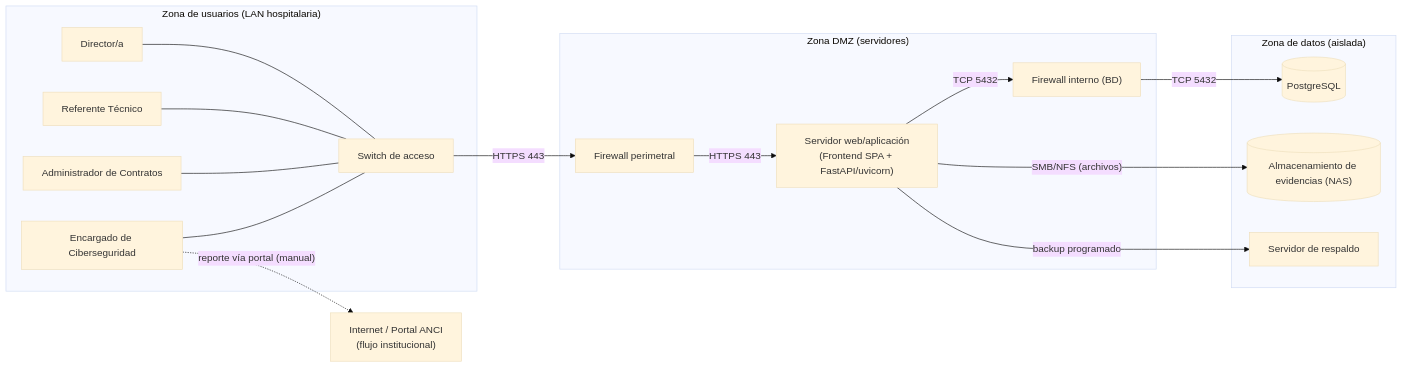
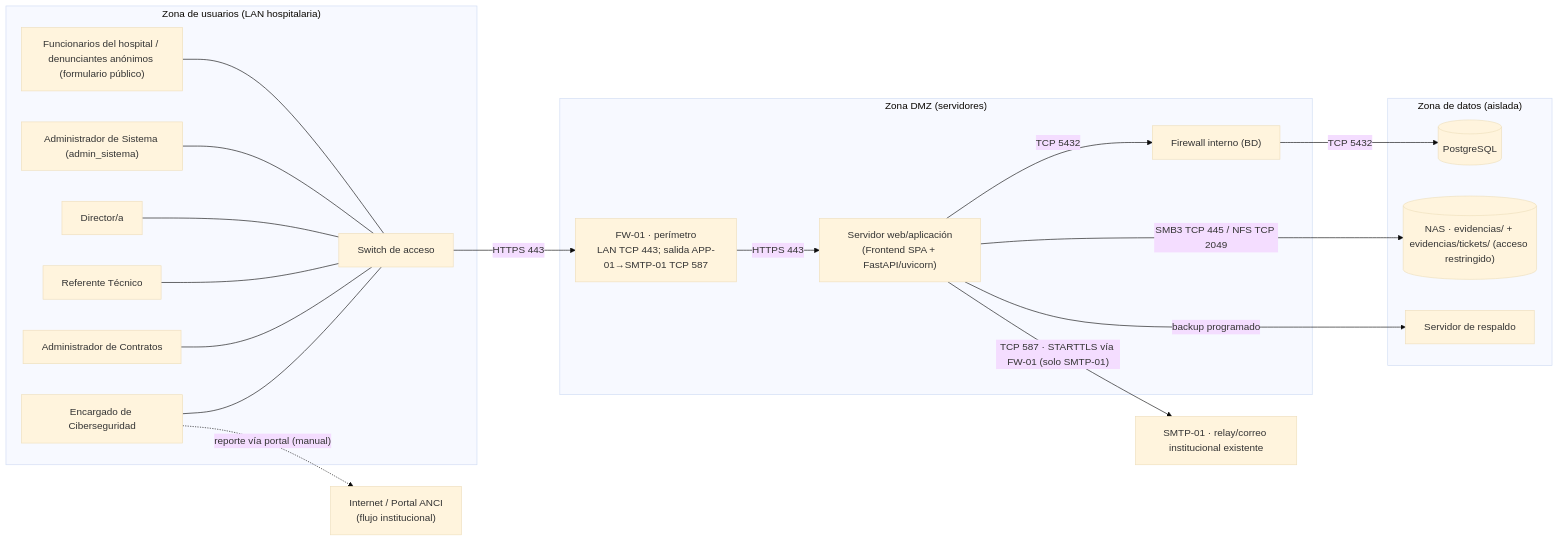
One commit to pbahamondez-inacap/proyectotitulo-inacap-Pbahamondez changed the diagram in Documentacion/Entregas/U2-Desarrollo_e_Implementacion/06_topologia_comunicacion.md. Above: the diagram before and after it, drawn with Mermaid (base theme). The commit also changed other lines of this file and 85 other files, not shown here.

````diff
--- a/Documentacion/Entregas/U2-Desarrollo_e_Implementacion/06_topologia_comunicacion.md
+++ b/Documentacion/Entregas/U2-Desarrollo_e_Implementacion/06_topologia_comunicacion.md
@@ -40,36 +49,43 @@
 ```mermaid
 flowchart LR
     subgraph LAN["Zona de usuarios (LAN hospitalaria)"]
         U1["Encargado de Ciberseguridad"]
         U2["Administrador de Contratos"]
         U3["Referente Técnico"]
         U4["Director/a"]
+        U5["Administrador de Sistema (admin_sistema)"]
+        U6["Funcionarios del hospital / denunciantes anónimos (formulario público)"]
         SW["Switch de acceso"]
         U1 --- SW
         U2 --- SW
         U3 --- SW
         U4 --- SW
+        U5 --- SW
+        U6 --- SW
     end
 
     subgraph DMZ["Zona DMZ (servidores)"]
-        FW1["Firewall perimetral"]
+        FW1["FW-01 · perímetro<br>LAN TCP 443; salida APP-01→SMTP-01 TCP 587"]
         WEB["Servidor web/aplicación<br>(Frontend SPA + FastAPI/uvicorn)"]
         FW2["Firewall interno (BD)"]
     end
 
     subgraph DATOS["Zona de datos (aislada)"]
         DB[("PostgreSQL")]
-        NAS[("Almacenamiento de evidencias (NAS)")]
+        NAS[("NAS · evidencias/ + evidencias/tickets/ (acceso restringido)")]
         BK["Servidor de respaldo"]
     end
 
     EXT["Internet / Portal ANCI<br>(flujo institucional)"]
 
+    MAIL["SMTP-01 · relay/correo institucional existente"]
+
     SW -->|"HTTPS 443"| FW1
     FW1 -->|"HTTPS 443"| WEB
     WEB -->|"TCP 5432"| FW2
     FW2 -->|"TCP 5432"| DB
-    WEB -->|"SMB/NFS (archivos)"| NAS
+    WEB -->|"SMB3 TCP 445 / NFS TCP 2049"| NAS
     WEB -->|"backup programado"| BK
+    WEB -->|"TCP 587 · STARTTLS vía FW-01 (solo SMTP-01)"| MAIL
     U1 -.->|"reporte vía portal (manual)"| EXT
 ```
````
